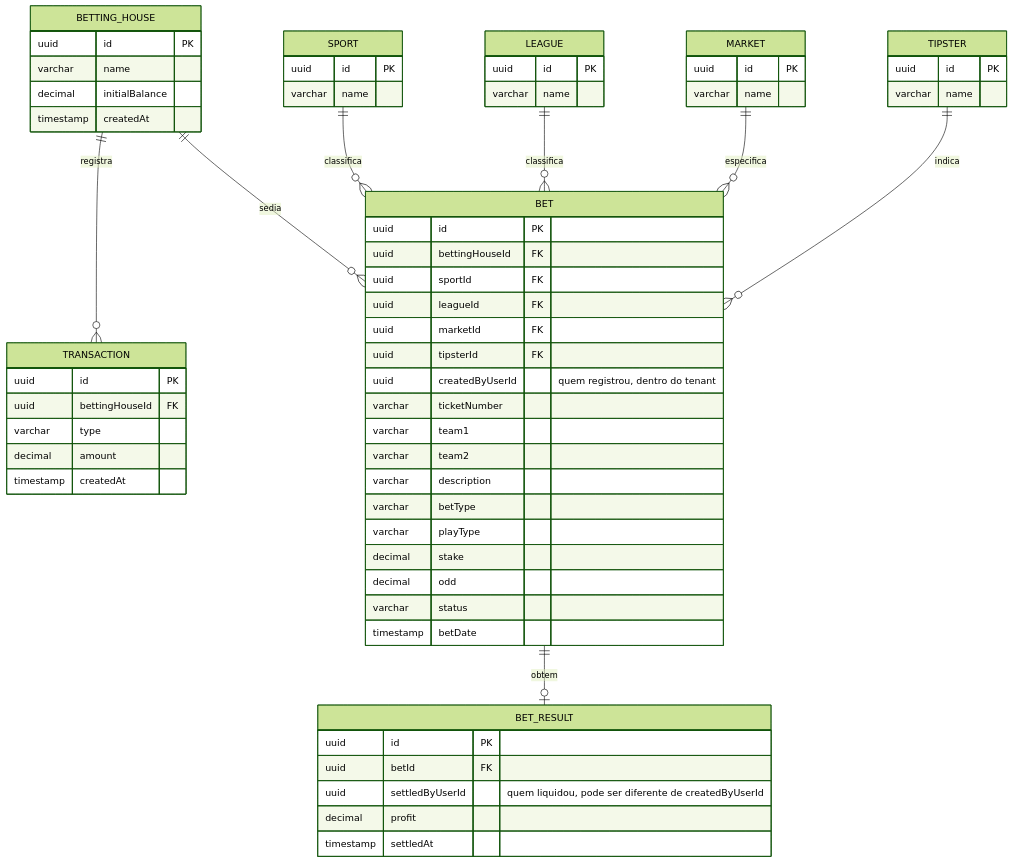
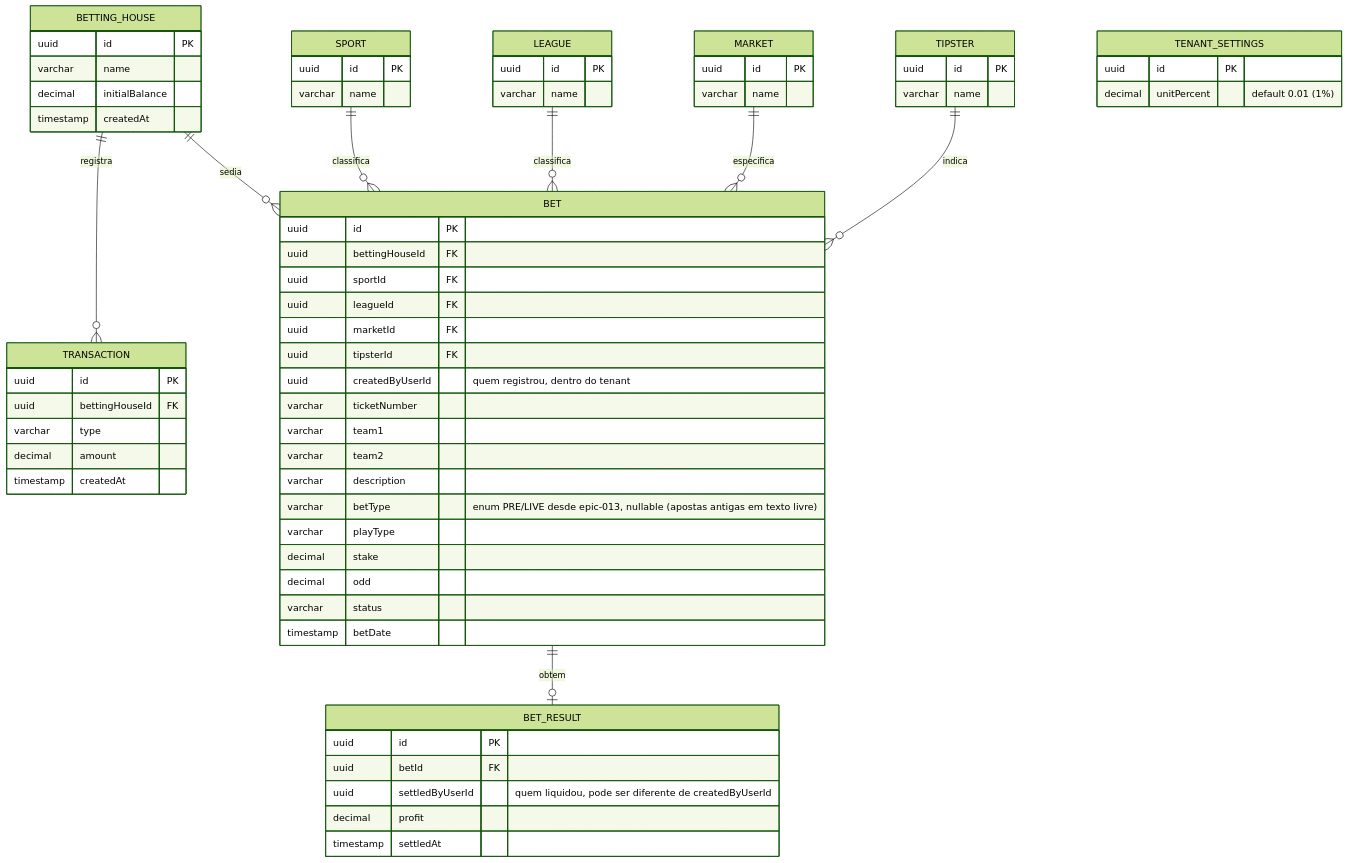
The third of 4 diagrams in docs/DATA-MODEL.md (eimmig/sv-harness), drawn with Mermaid (forest theme) before and after one commit. The commit also changed other lines of this file and 7 other files, not shown here.

````diff
--- a/docs/DATA-MODEL.md
+++ b/docs/DATA-MODEL.md
@@ -95,66 +95,70 @@
 ```mermaid
 erDiagram
     BETTING_HOUSE ||--o{ TRANSACTION : registra
     BETTING_HOUSE ||--o{ BET : sedia
     SPORT ||--o{ BET : classifica
     LEAGUE ||--o{ BET : classifica
     MARKET ||--o{ BET : especifica
     TIPSTER ||--o{ BET : indica
     BET ||--o| BET_RESULT : obtem
 
     BETTING_HOUSE {
         uuid id PK
         varchar name
         decimal initialBalance
         timestamp createdAt
     }
     TRANSACTION {
         uuid id PK
         uuid bettingHouseId FK
         varchar type
         decimal amount
         timestamp createdAt
     }
     SPORT {
         uuid id PK
         varchar name
     }
     LEAGUE {
         uuid id PK
         varchar name
     }
     MARKET {
         uuid id PK
         varchar name
     }
     TIPSTER {
         uuid id PK
         varchar name
     }
     BET {
         uuid id PK
         uuid bettingHouseId FK
         uuid sportId FK
         uuid leagueId FK
         uuid marketId FK
         uuid tipsterId FK
         uuid createdByUserId "quem registrou, dentro do tenant"
         varchar ticketNumber
         varchar team1
         varchar team2
         varchar description
-        varchar betType
+        varchar betType "enum PRE/LIVE desde epic-013, nullable (apostas antigas em texto livre)"
         varchar playType
         decimal stake
         decimal odd
         varchar status
         timestamp betDate
     }
     BET_RESULT {
         uuid id PK
         uuid betId FK
         uuid settledByUserId "quem liquidou, pode ser diferente de createdByUserId"
         decimal profit
         timestamp settledAt
     }
+    TENANT_SETTINGS {
+        uuid id PK
+        decimal unitPercent "default 0.01 (1%)"
+    }
 ```
````
